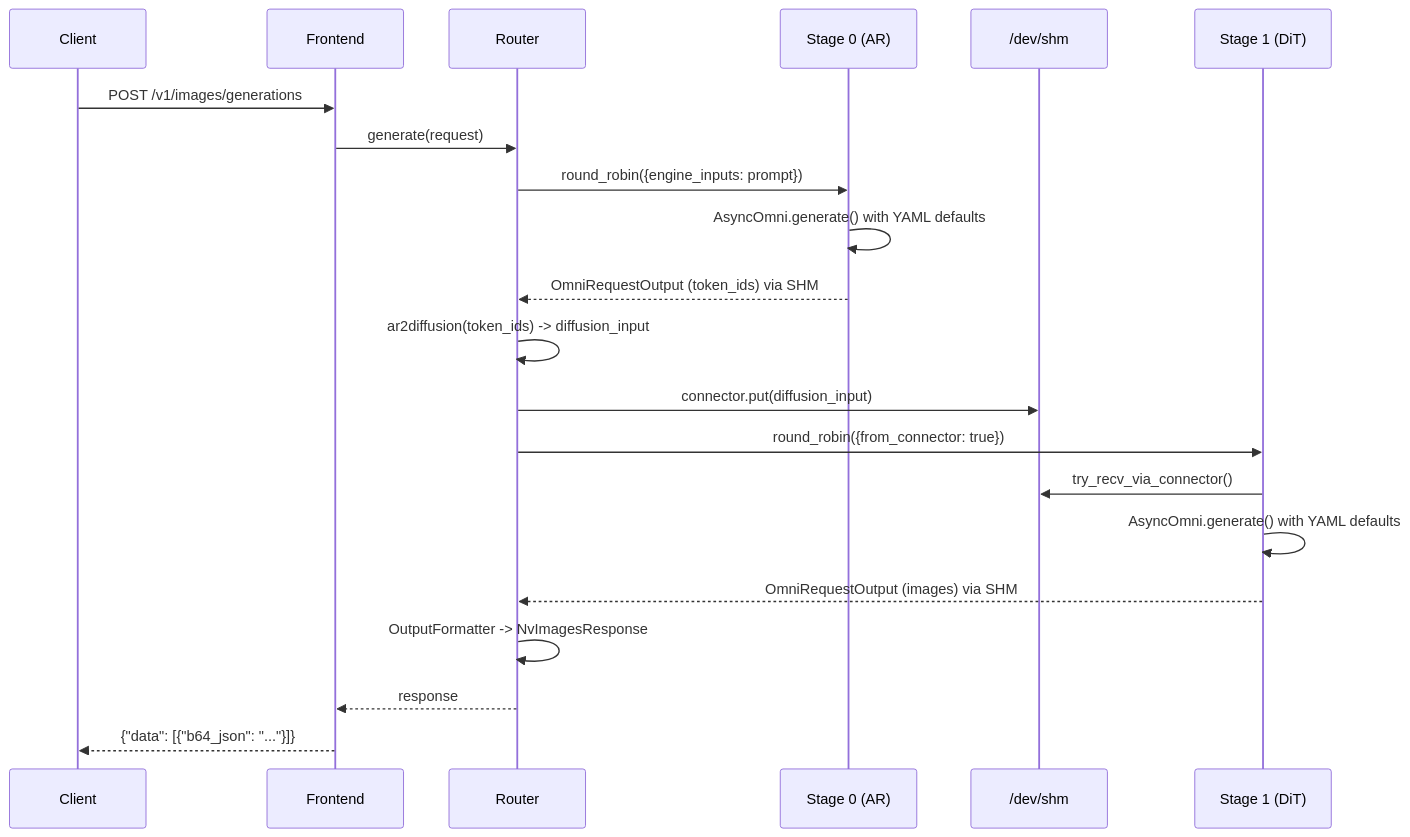
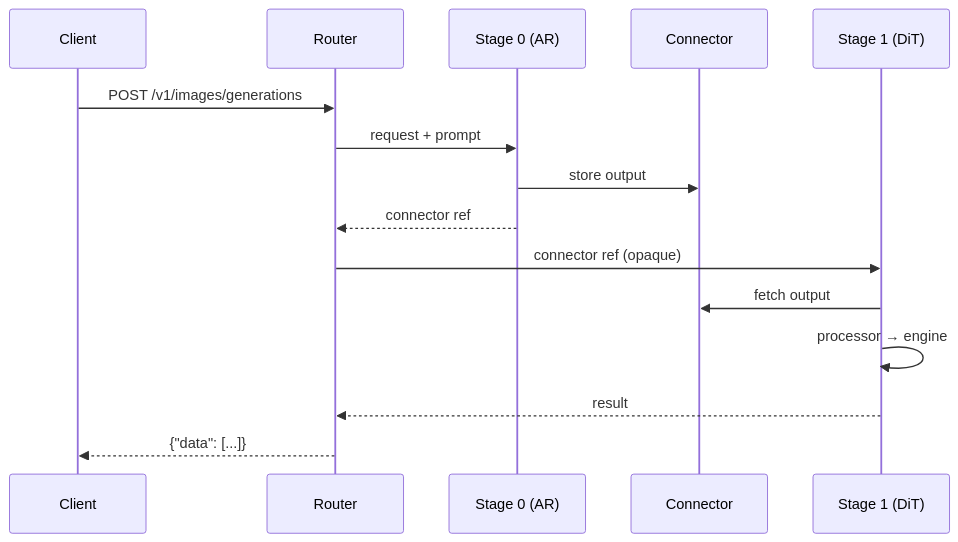
One commit to ai-dynamo/dynamo changed the second of 2 diagrams in docs/backends/vllm/vllm-omni.md. Above: the diagram before and after it, drawn with Mermaid. The commit also changed other lines of this file, not shown here.

````diff
--- a/docs/backends/vllm/vllm-omni.md
+++ b/docs/backends/vllm/vllm-omni.md
@@ -346,24 +352,18 @@
 ```mermaid
 sequenceDiagram
   participant C as Client
-  participant F as Frontend
   participant R as Router
   participant S0 as Stage 0 (AR)
-  participant SHM as /dev/shm
+  participant SHM as Connector
   participant S1 as Stage 1 (DiT)
 
-  C->>F: POST /v1/images/generations
-  F->>R: generate(request)
-  R->>S0: round_robin({engine_inputs: prompt})
-  S0->>S0: AsyncOmni.generate() with YAML defaults
-  S0-->>R: OmniRequestOutput (token_ids) via SHM
-  R->>R: ar2diffusion(token_ids) -> diffusion_input
-  R->>SHM: connector.put(diffusion_input)
-  R->>S1: round_robin({from_connector: true})
-  S1->>SHM: try_recv_via_connector()
-  S1->>S1: AsyncOmni.generate() with YAML defaults
-  S1-->>R: OmniRequestOutput (images) via SHM
-  R->>R: OutputFormatter -> NvImagesResponse
-  R-->>F: response
-  F-->>C: {"data": [{"b64_json": "..."}]}
+  C->>R: POST /v1/images/generations
+  R->>S0: request + prompt
+  S0->>SHM: store output
+  S0-->>R: connector ref
+  R->>S1: connector ref (opaque)
+  S1->>SHM: fetch output
+  S1->>S1: processor → engine
+  S1-->>R: result
+  R-->>C: {"data": [...]}
 ```
````
